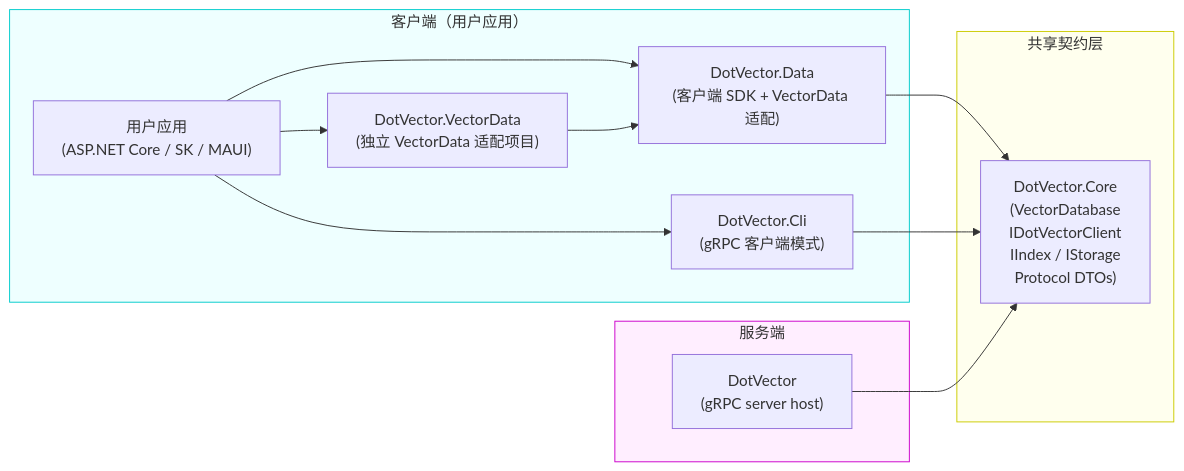
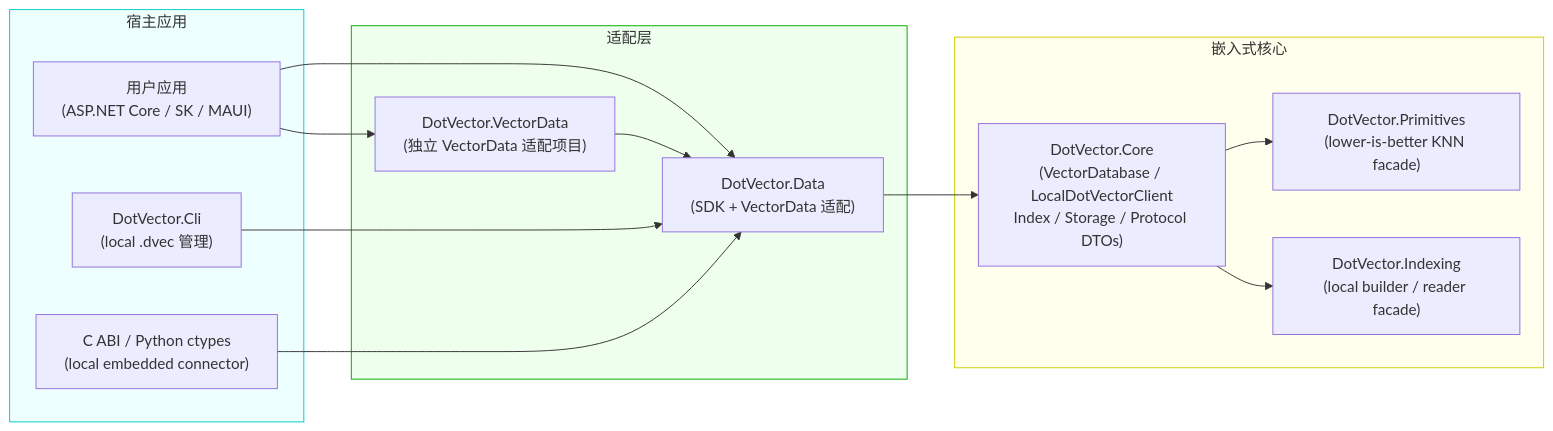
One commit to IoTSharp/DotVector changed the first of 2 diagrams in docs/architecture.md. Above: the diagram before and after it, drawn with Mermaid. The commit also changed other lines of this file and 72 other files, not shown here.

First line of the commit message:
Refactor: Remove DotVectorServerJsonContext and VectorServiceImpl

````diff
--- a/docs/architecture.md
+++ b/docs/architecture.md
@@ -14,29 +14,32 @@
 ```mermaid
 graph LR
-    subgraph Client["客户端（用户应用）"]
+    subgraph Host["宿主应用"]
         APP["用户应用\n(ASP.NET Core / SK / MAUI)"]
-        DATA["DotVector.Data\n(客户端 SDK + VectorData 适配)"]
-        VDATA["DotVector.VectorData\n(独立 VectorData 适配项目)"]
-        CLI2["DotVector.Cli\n(gRPC 客户端模式)"]
+        CLI["DotVector.Cli\n(local .dvec 管理)"]
+        CABI["C ABI / Python ctypes\n(local embedded connector)"]
     end
 
-    subgraph Contract["共享契约层"]
-        CORE["DotVector.Core\n(VectorDatabase\nIDotVectorClient\nIIndex / IStorage\nProtocol DTOs)"]
+    subgraph SDK["适配层"]
+        DATA["DotVector.Data\n(SDK + VectorData 适配)"]
+        VDATA["DotVector.VectorData\n(独立 VectorData 适配项目)"]
     end
 
-    subgraph Server["服务端"]
-        SRV["DotVector\n(gRPC server host)"]
+    subgraph Core["嵌入式核心"]
+        CORE["DotVector.Core\n(VectorDatabase / LocalDotVectorClient\nIndex / Storage / Protocol DTOs)"]
+        PRIM["DotVector.Primitives\n(lower-is-better KNN facade)"]
+        IDX["DotVector.Indexing\n(local builder / reader facade)"]
     end
 
     APP --> DATA
     APP --> VDATA
-    APP --> CLI2
+    CLI --> DATA
+    CABI --> DATA
     DATA --> CORE
     VDATA --> DATA
-    CLI2 --> CORE
-    SRV --> CORE
+    CORE --> PRIM
+    CORE --> IDX
 
-    style Contract fill:#ffe,stroke:#cc0
-    style Client fill:#eff,stroke:#0cc
-    style Server fill:#fef,stroke:#c0c
+    style Host fill:#eff,stroke:#0cc
+    style SDK fill:#efe,stroke:#0a0
+    style Core fill:#ffe,stroke:#cc0
 ```
````
